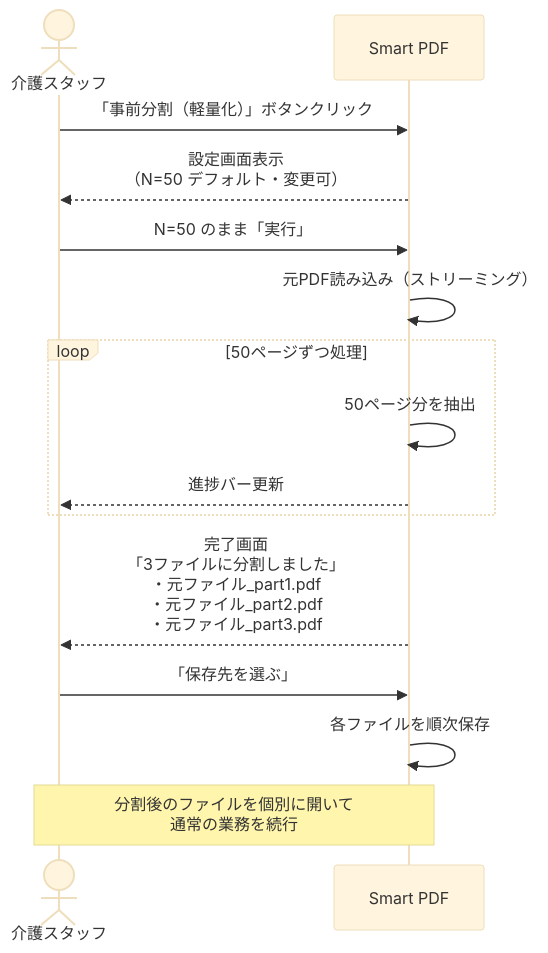
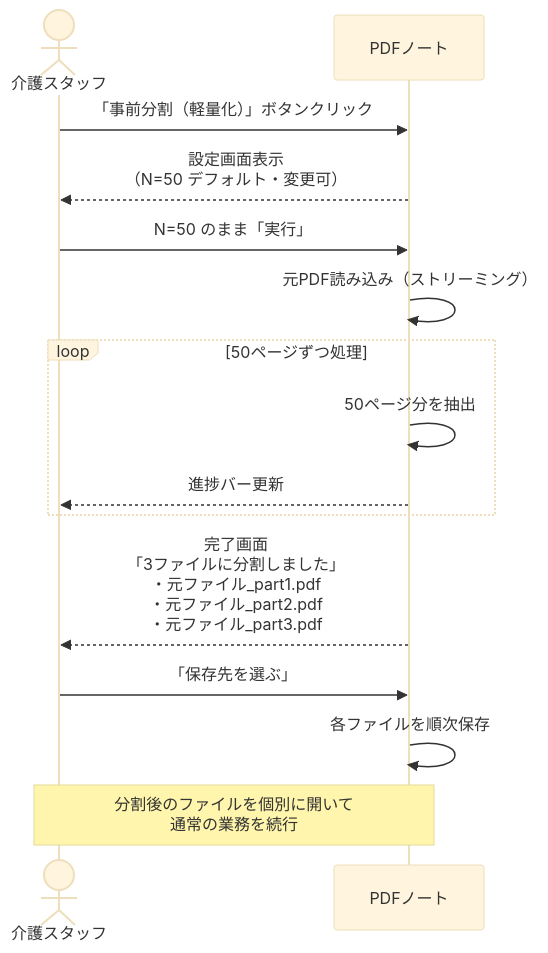
Before and after one commit to lifemate-inc/pdfnote: the third of 6 diagrams in docs/screen-flow.md, drawn with Mermaid (base theme). The commit also changed other lines of this file and 43 other files, not shown here.

````diff
--- a/docs/screen-flow.md
+++ b/docs/screen-flow.md
@@ -102,21 +102,21 @@
 ```mermaid
 sequenceDiagram
     actor User as 介護スタッフ
-    participant App as Smart PDF
+    participant App as PDFノート
 
     User->>App: 「事前分割（軽量化）」ボタンクリック
     App-->>User: 設定画面表示<br/>（N=50 デフォルト・変更可）
     User->>App: N=50 のまま「実行」
     App->>App: 元PDF読み込み（ストリーミング）
 
     loop 50ページずつ処理
         App->>App: 50ページ分を抽出
         App-->>User: 進捗バー更新
     end
 
     App-->>User: 完了画面<br/>「3ファイルに分割しました」<br/>・元ファイル_part1.pdf<br/>・元ファイル_part2.pdf<br/>・元ファイル_part3.pdf
     User->>App: 「保存先を選ぶ」
     App->>App: 各ファイルを順次保存
 
     Note over User,App: 分割後のファイルを個別に開いて<br/>通常の業務を続行
 ```
````
